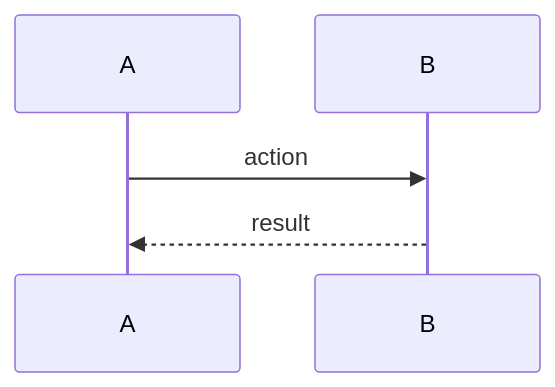
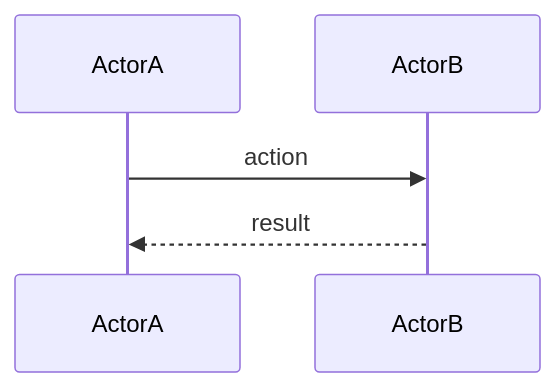
One commit to Dorian-Klingenberg/window-configurator changed the first of 2 diagrams in lessons/LESSON_TEMPLATE.md. Above: the diagram before and after it, drawn with Mermaid. The commit also changed other lines of this file and 4 other files, not shown here.

````diff
--- a/lessons/LESSON_TEMPLATE.md
+++ b/lessons/LESSON_TEMPLATE.md
@@ -55,7 +66,7 @@
 ```mermaid
 sequenceDiagram
-    participant A
-    participant B
+    participant A as ActorA
+    participant B as ActorB
     A->>B: action
     B-->>A: result
 ```
````
